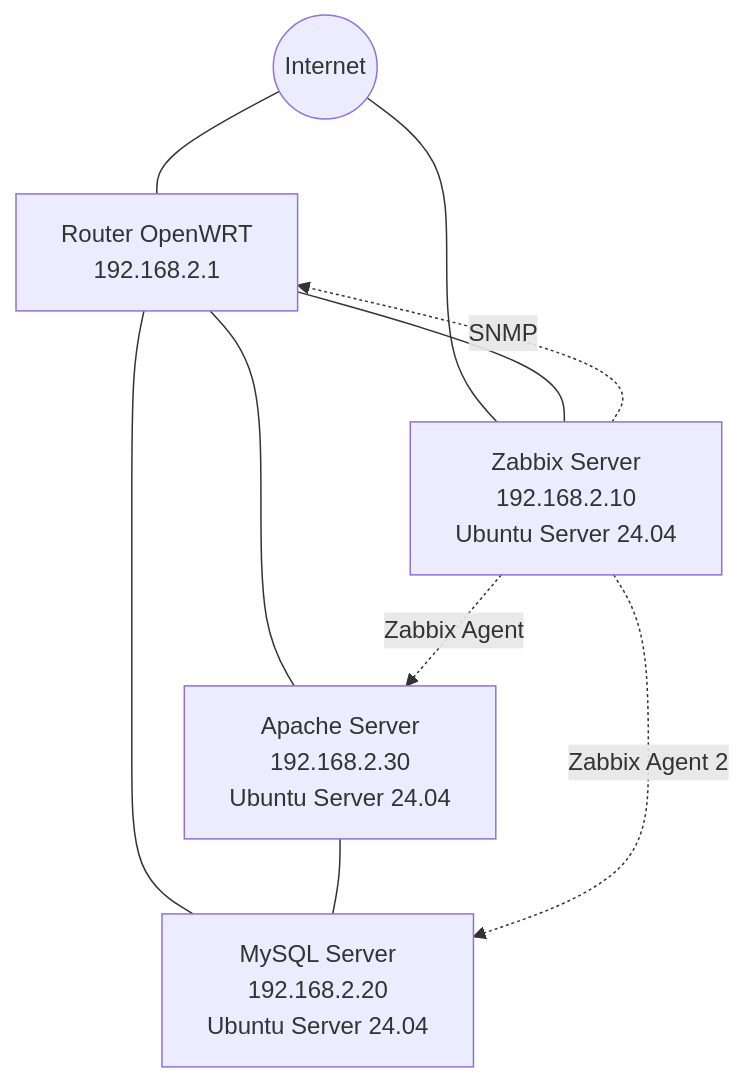
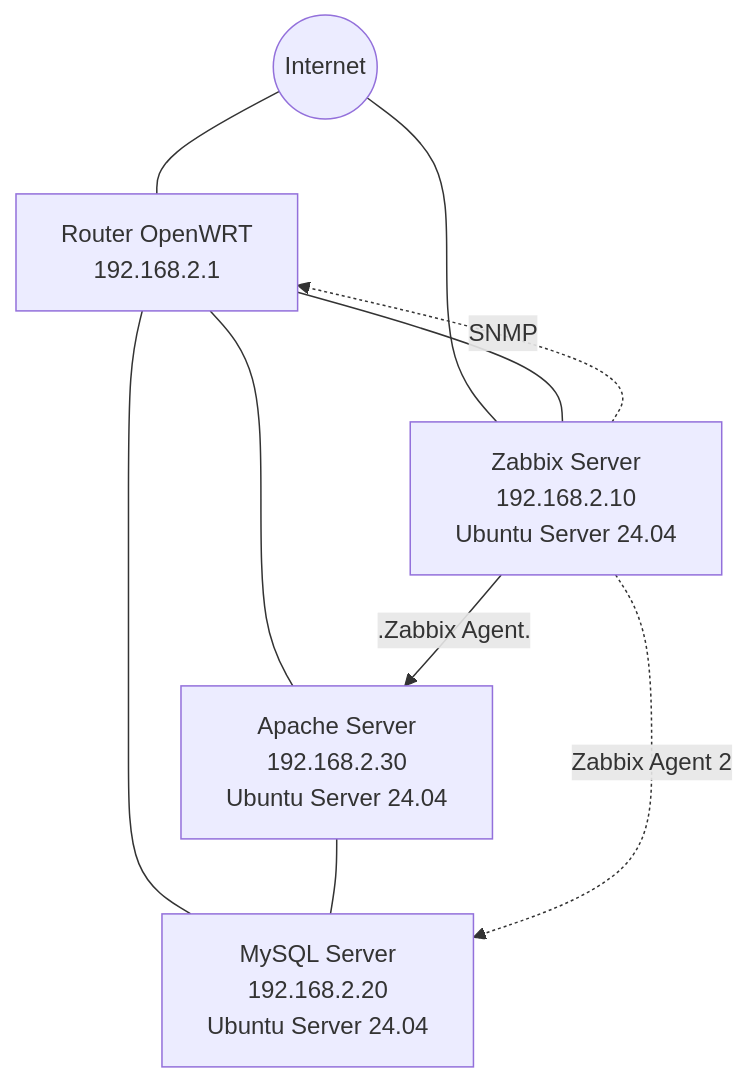
Before and after one commit to aaron10011/Proyecto-ASIR: the diagram in README.md, drawn with Mermaid.

````diff
--- a/README.md
+++ b/README.md
@@ -51,26 +51,26 @@
 ```mermaid
 graph TD
 
 Internet((Internet))
 
 Router[Router OpenWRT<br>192.168.2.1]
 
 Zabbix[Zabbix Server<br>192.168.2.10<br>Ubuntu Server 24.04]
 
 Apache[Apache Server<br>192.168.2.30<br>Ubuntu Server 24.04]
 
 MySQL[MySQL Server<br>192.168.2.20<br>Ubuntu Server 24.04]
 
 Internet --- Router
 Internet --- Zabbix
 
 Router --- Zabbix
 Router --- Apache
 Router --- MySQL
 
 Apache --- MySQL
 
-Zabbix -.Zabbix Agent.-> Apache
+Zabbix --.Zabbix Agent.--> Apache
 Zabbix -.Zabbix Agent 2.-> MySQL
 Zabbix -.SNMP.-> Router
 ```
````
